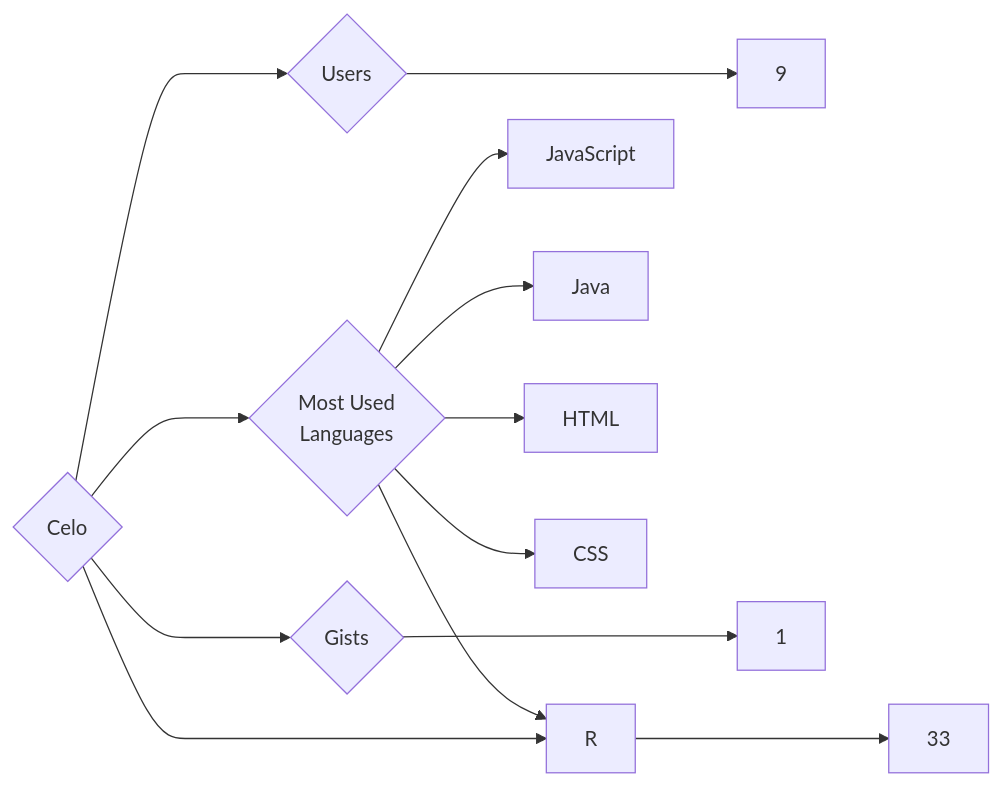
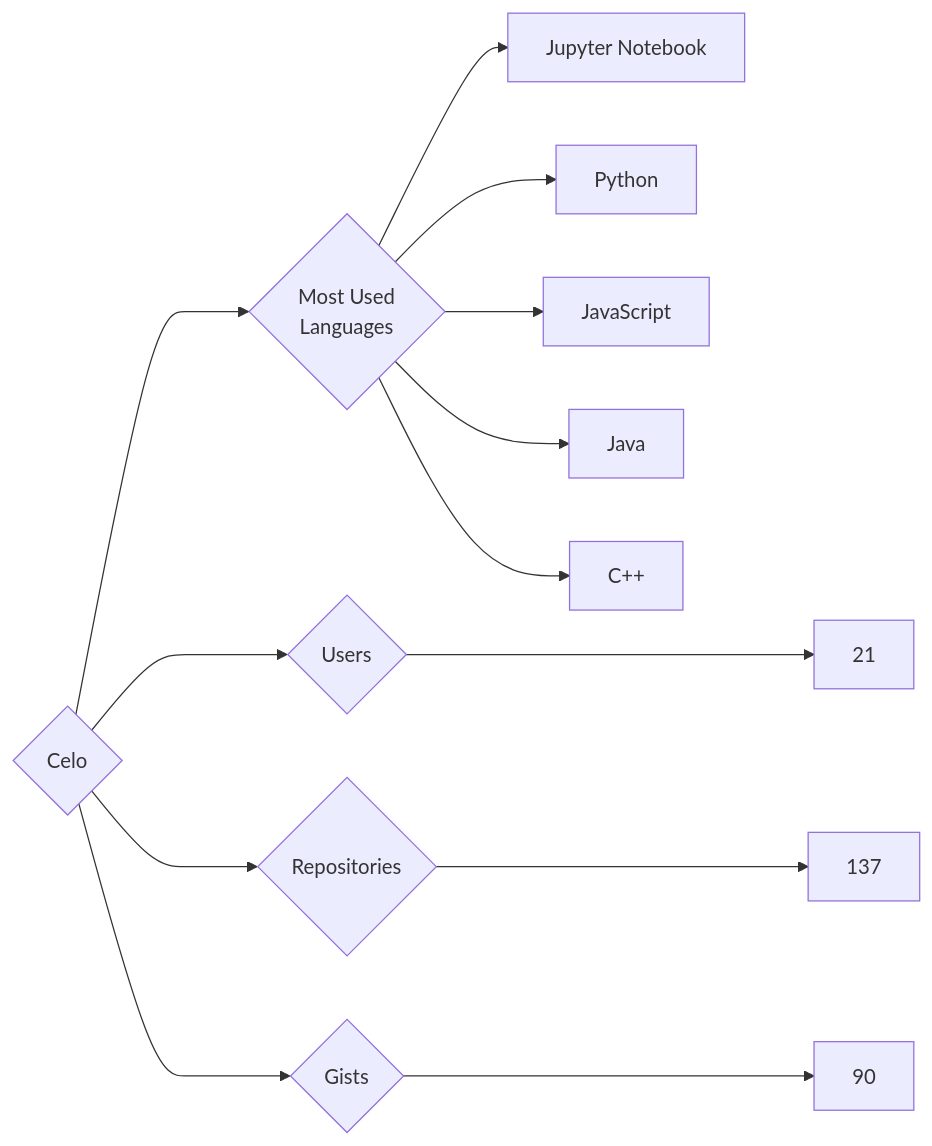
The diagram in targets/Celo/README.md (trickest/insiders), drawn with Mermaid before and after one commit. The commit also changed 924 other files, not shown here.

````diff
--- a/targets/Celo/README.md
+++ b/targets/Celo/README.md
@@ -3,13 +3,13 @@
 ```mermaid
 graph LR
 COMPANY_NAME{Celo}
-COMPANY_NAME ---> U{Users} ---> UN[9]
-COMPANY_NAME ---> R{Repositories} ---> RN[33]
-COMPANY_NAME ---> G{Gists} ---> GN[1]
+COMPANY_NAME ---> U{Users} ---> UN[21]
+COMPANY_NAME ---> R{Repositories} ---> RN[137]
+COMPANY_NAME ---> G{Gists} ---> GN[90]
 COMPANY_NAME ---> ML{Most Used<br>Languages}
+ML --> Jupyter_Notebook[Jupyter Notebook]
+ML --> Python[Python]
 ML --> JavaScript[JavaScript]
 ML --> Java[Java]
-ML --> HTML[HTML]
-ML --> R[R]
-ML --> CSS[CSS]
+ML --> C++[C++]
 ```
````
